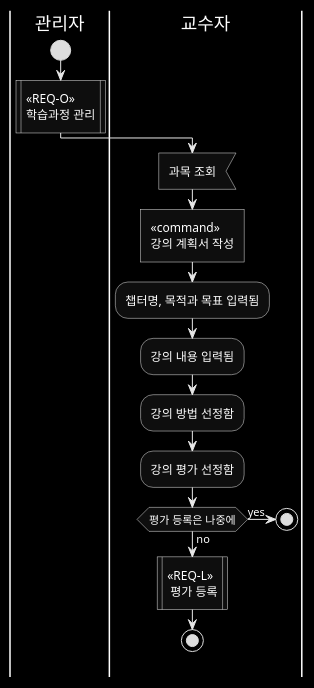
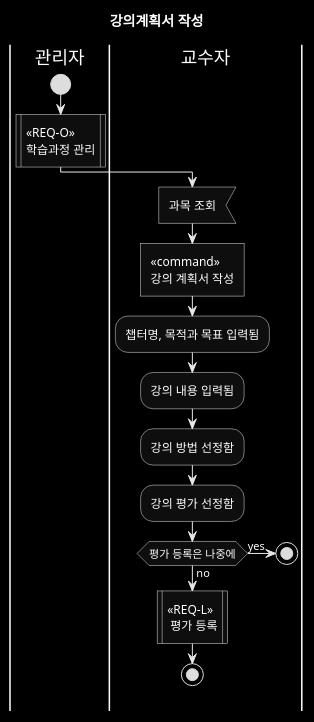
The first of 2 diagrams in 020-모델-도메인/102-학습과정-process.md (ohhoonim/lms-design), drawn with PlantUML before and after one commit. The commit also changed other lines of this file and 1 other file, not shown here.

Commit message:
수강 유스케이스 Fixes #11 학습과정 모델 수정

````diff
--- a/020-모델-도메인/102-학습과정-process.md
+++ b/020-모델-도메인/102-학습과정-process.md
@@ -7,22 +7,24 @@
 ```plantuml
 @startuml
 skinparam monochrome reverse
+
+title 강의계획서 작성
 
 |관리자|
 start
 :<<REQ-O>>\n학습과정 관리|
 |교수자|
 :과목 조회<
 :<<command>>\n강의 계획서 작성]
 :챕터명, 목적과 목표 입력됨;
 :강의 내용 입력됨;
 :강의 방법 선정함;
 :강의 평가 선정함;
 if (평가 등록은 나중에) then (yes)
 stop
 else (no)
 :<<REQ-L>>\n 평가 등록|
 
 stop
 @enduml
 ```
````
